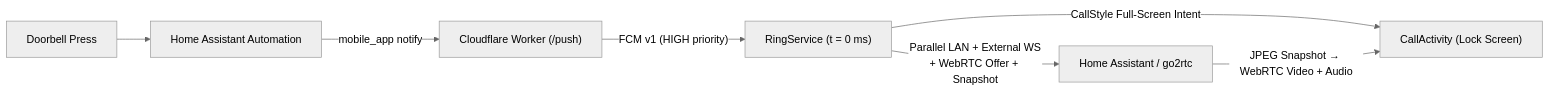
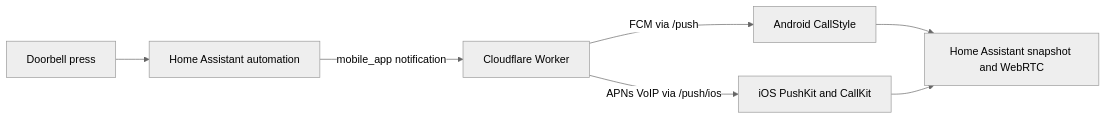
The diagram in README.md (Niek/doorbell-companion), drawn with Mermaid (neutral theme) before and after one commit. The commit also changed other lines of this file and 49 other files, not shown here.

````diff
--- a/README.md
+++ b/README.md
@@ -25,9 +21,9 @@
 ```mermaid
 flowchart LR
-    A["Doorbell Press"] --> B["Home Assistant Automation"]
-    B -->|"mobile_app notify"| C["Cloudflare Worker (/push)"]
-    C -->|"FCM v1 (HIGH priority)"| D["RingService (t = 0 ms)"]
-    D -->|"Parallel LAN + External WS<br/>+ WebRTC Offer + Snapshot"| E["Home Assistant / go2rtc"]
-    D -->|"CallStyle Full-Screen Intent"| F["CallActivity (Lock Screen)"]
-    E -->|"JPEG Snapshot → WebRTC Video + Audio"| F
+    Doorbell["Doorbell press"] --> HA["Home Assistant automation"]
+    HA -->|"mobile_app notification"| Relay["Cloudflare Worker"]
+    Relay -->|"FCM via /push"| Android["Android CallStyle"]
+    Relay -->|"APNs VoIP via /push/ios"| iOS["iOS PushKit and CallKit"]
+    Android --> Stream["Home Assistant snapshot and WebRTC"]
+    iOS --> Stream
 ```
````
